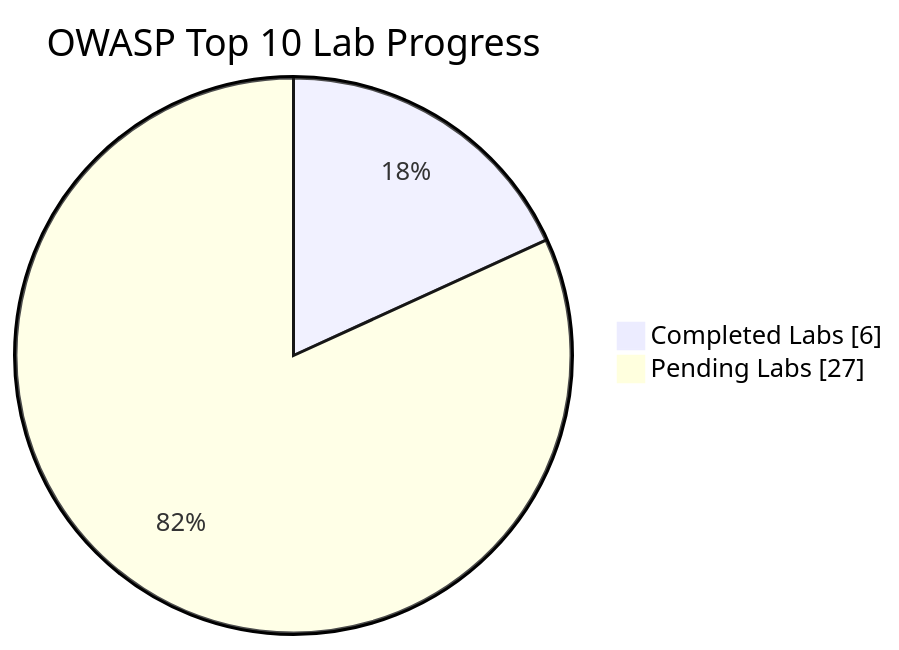
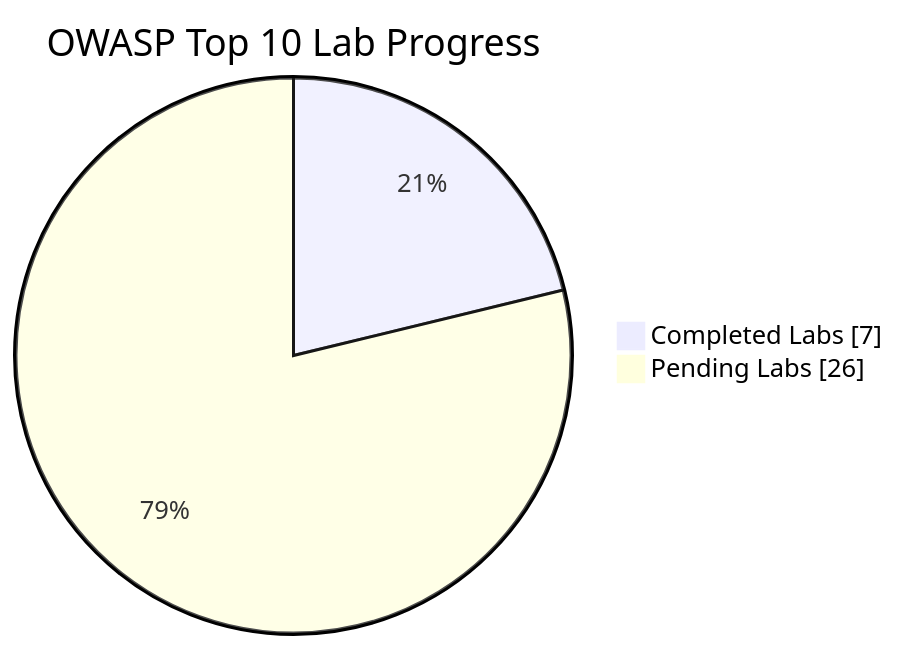
One commit to Nish344/owasp-top10-web-security changed the diagram in README.md. Above: the diagram before and after it, drawn with Mermaid. The commit also changed other lines of this file and 1 other file, not shown here.

````diff
--- a/README.md
+++ b/README.md
@@ -12,6 +12,6 @@
 ```mermaid
 pie showData
   title OWASP Top 10 Lab Progress
-  "Completed Labs" : 6
-  "Pending Labs" : 27
+  "Completed Labs" : 7
+  "Pending Labs" : 26
 ```
````
